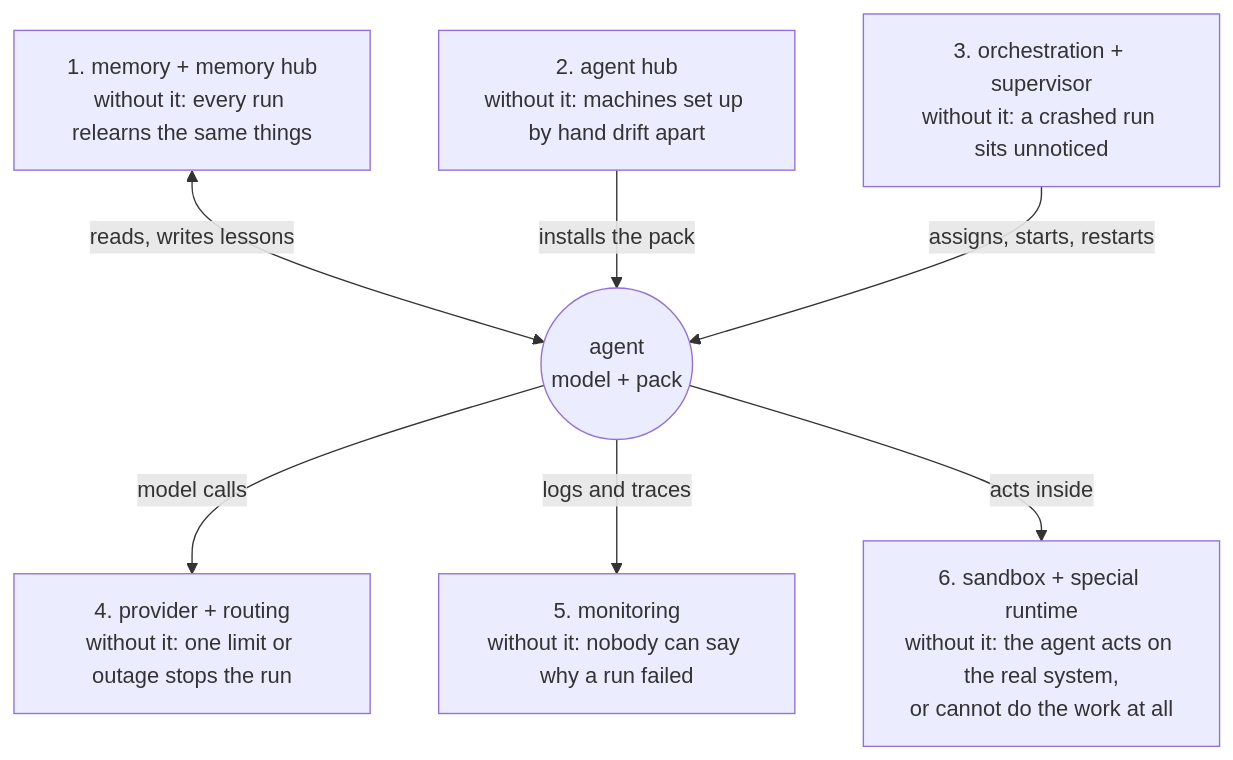
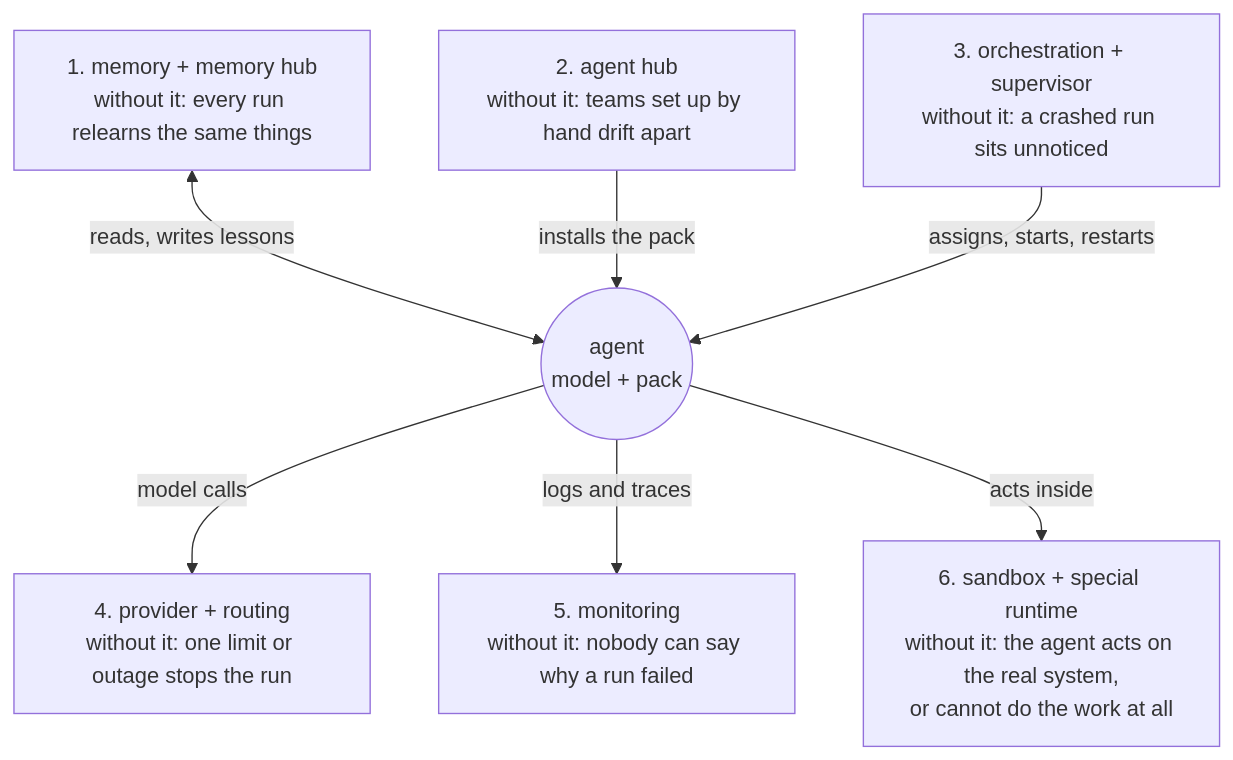
One commit to locchh/blogs changed the first of 3 diagrams in src/content/blog/morden_ai_agent_system.md. Above: the diagram before and after it, drawn with Mermaid. The commit also changed other lines of this file, not shown here.

````diff
--- a/src/content/blog/morden_ai_agent_system.md
+++ b/src/content/blog/morden_ai_agent_system.md
@@ -15,16 +15,16 @@
 ```mermaid
 flowchart TB
   MEM["1. memory + memory hub<br/>without it: every run relearns the same things"]
-  HUBA["2. agent hub<br/>without it: machines set up by hand drift apart"]
+  HUBA["2. agent hub<br/>without it: teams set up by hand drift apart"]
   ORC["3. orchestration + supervisor<br/>without it: a crashed run sits unnoticed"]
   AG(("agent<br/>model + pack"))
   RT["4. provider + routing<br/>without it: one limit or outage stops the run"]
   MON["5. monitoring<br/>without it: nobody can say why a run failed"]
   ENV["6. sandbox + special runtime<br/>without it: the agent acts on the real system,<br/>or cannot do the work at all"]
   MEM <-->|"reads, writes lessons"| AG
   HUBA -->|"installs the pack"| AG
   ORC -->|"assigns, starts, restarts"| AG
   AG -->|"model calls"| RT
   AG -->|"logs and traces"| MON
   AG -->|"acts inside"| ENV
 ```
````
